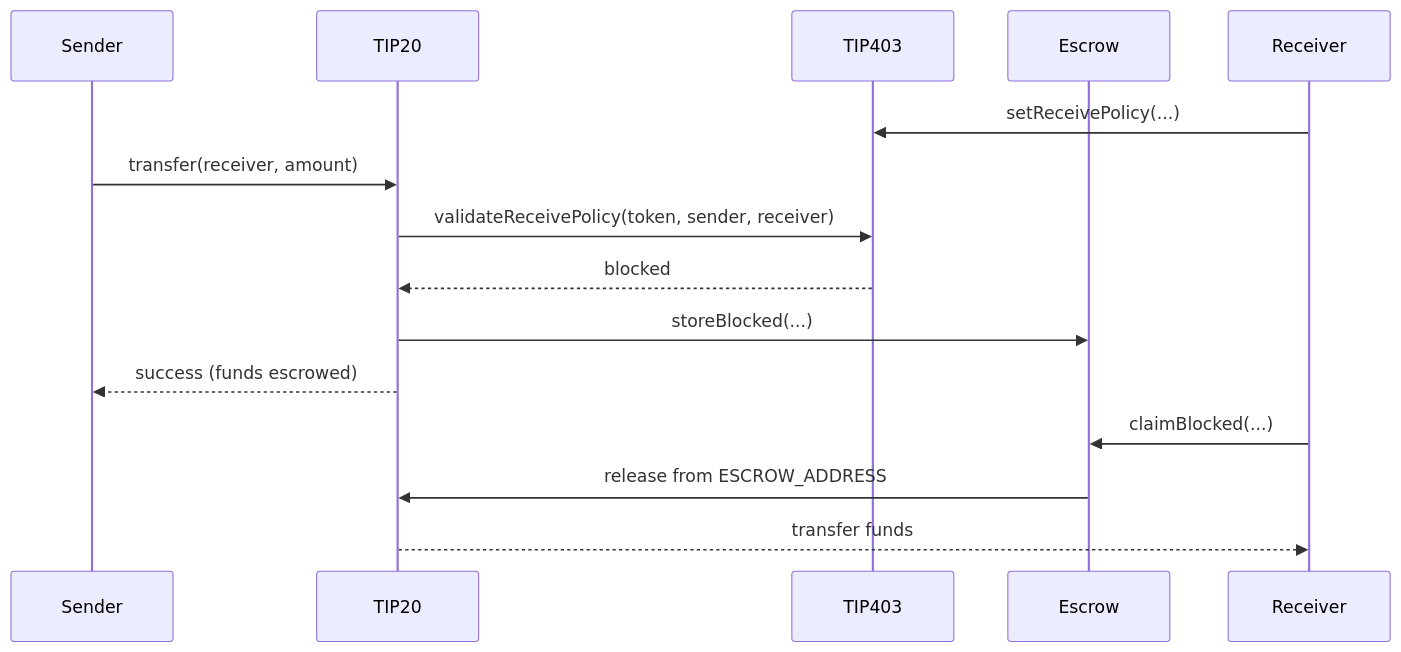
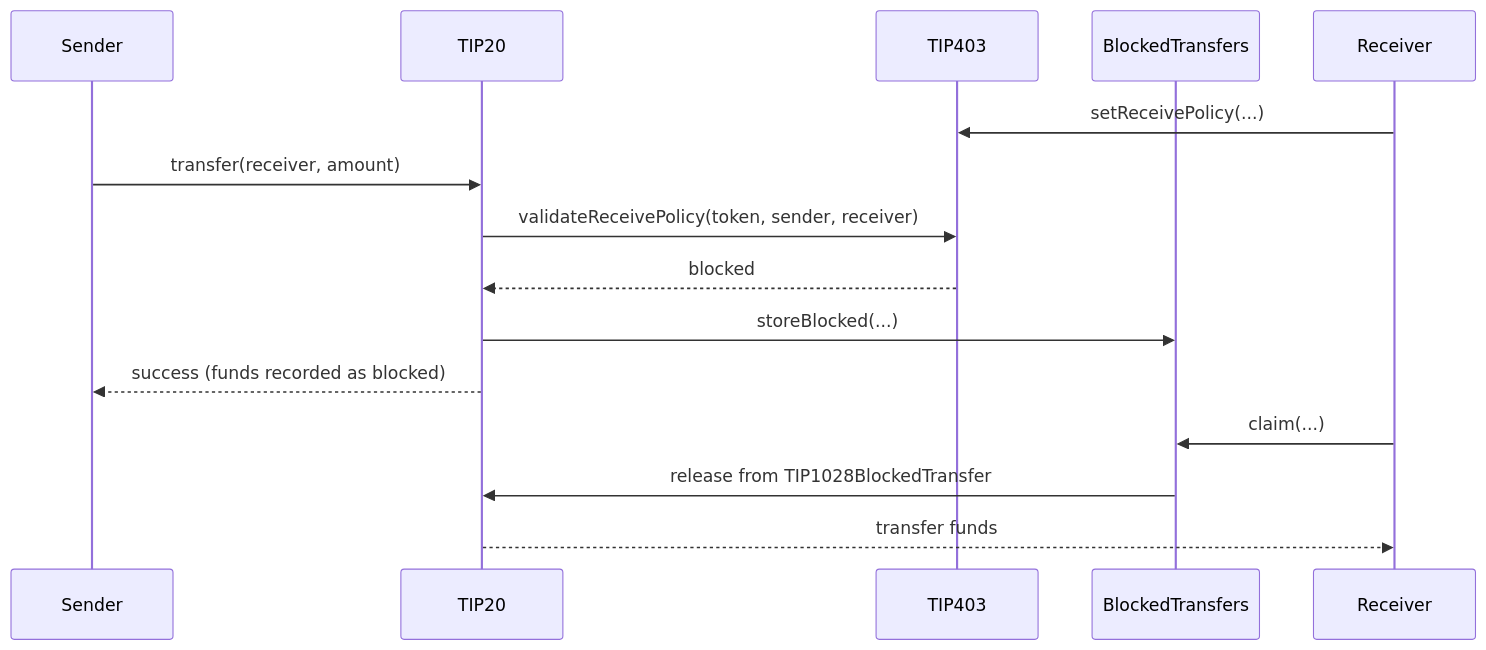
The first of 2 diagrams in tips/tip-1028.md (tempoxyz/tempo), drawn with Mermaid before and after one commit. The commit also changed other lines of this file, not shown here.

Commit message:
docs(tip-1028): rename for clarity

````diff
--- a/tips/tip-1028.md
+++ b/tips/tip-1028.md
@@ -52,19 +54,19 @@
 ```mermaid
 sequenceDiagram
     participant Sender
     participant TIP20
     participant TIP403
-    participant Escrow
+    participant BlockedTransfers
     participant Receiver
 
     Receiver->>TIP403: setReceivePolicy(...)
     Sender->>TIP20: transfer(receiver, amount)
     TIP20->>TIP403: validateReceivePolicy(token, sender, receiver)
     TIP403-->>TIP20: blocked
-    TIP20->>Escrow: storeBlocked(...)
-    TIP20-->>Sender: success (funds escrowed)
+    TIP20->>BlockedTransfers: storeBlocked(...)
+    TIP20-->>Sender: success (funds recorded as blocked)
 
-    Receiver->>Escrow: claimBlocked(...)
-    Escrow->>TIP20: release from ESCROW_ADDRESS
+    Receiver->>BlockedTransfers: claim(...)
+    BlockedTransfers->>TIP20: release from TIP1028BlockedTransfer
     TIP20-->>Receiver: transfer funds
 ```
````
